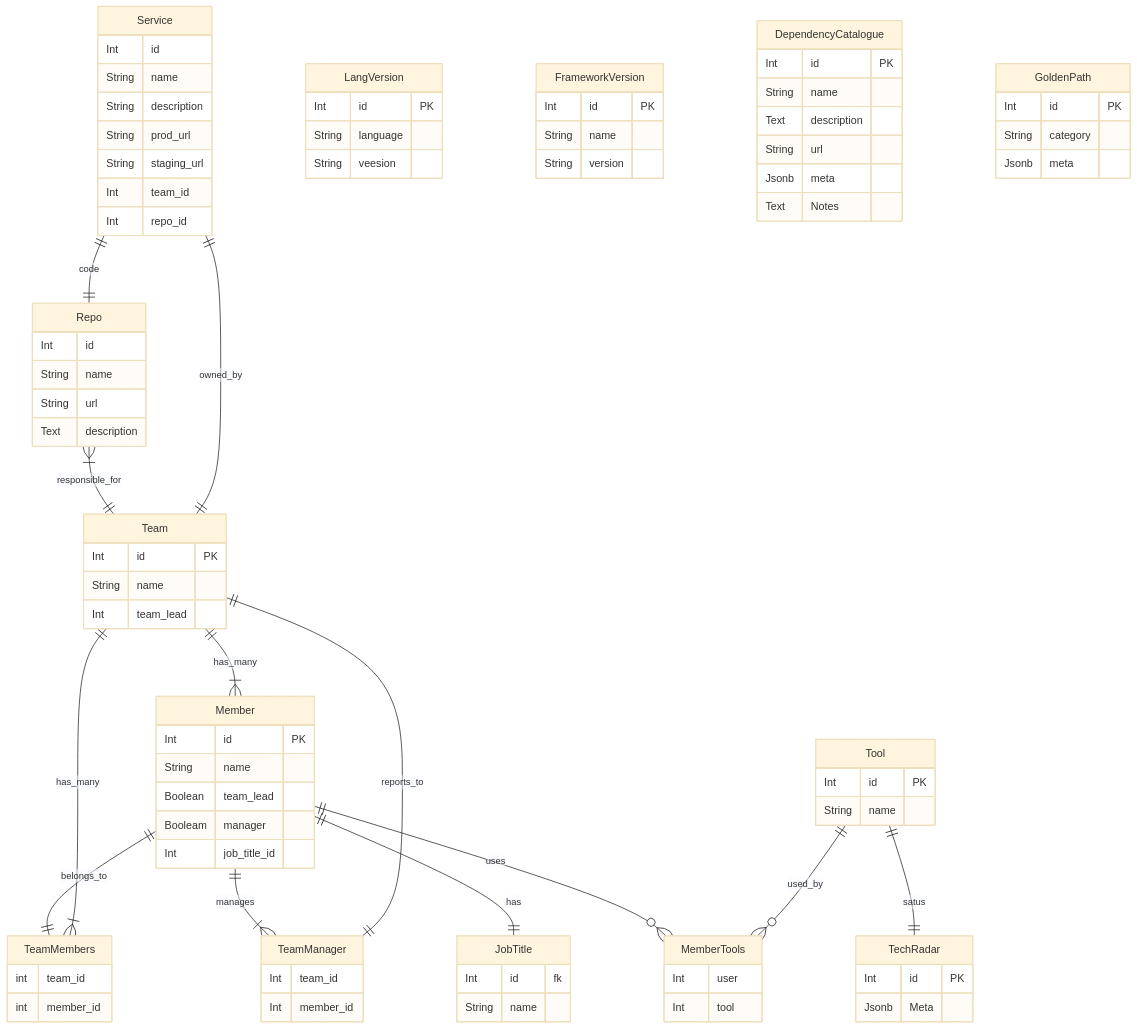
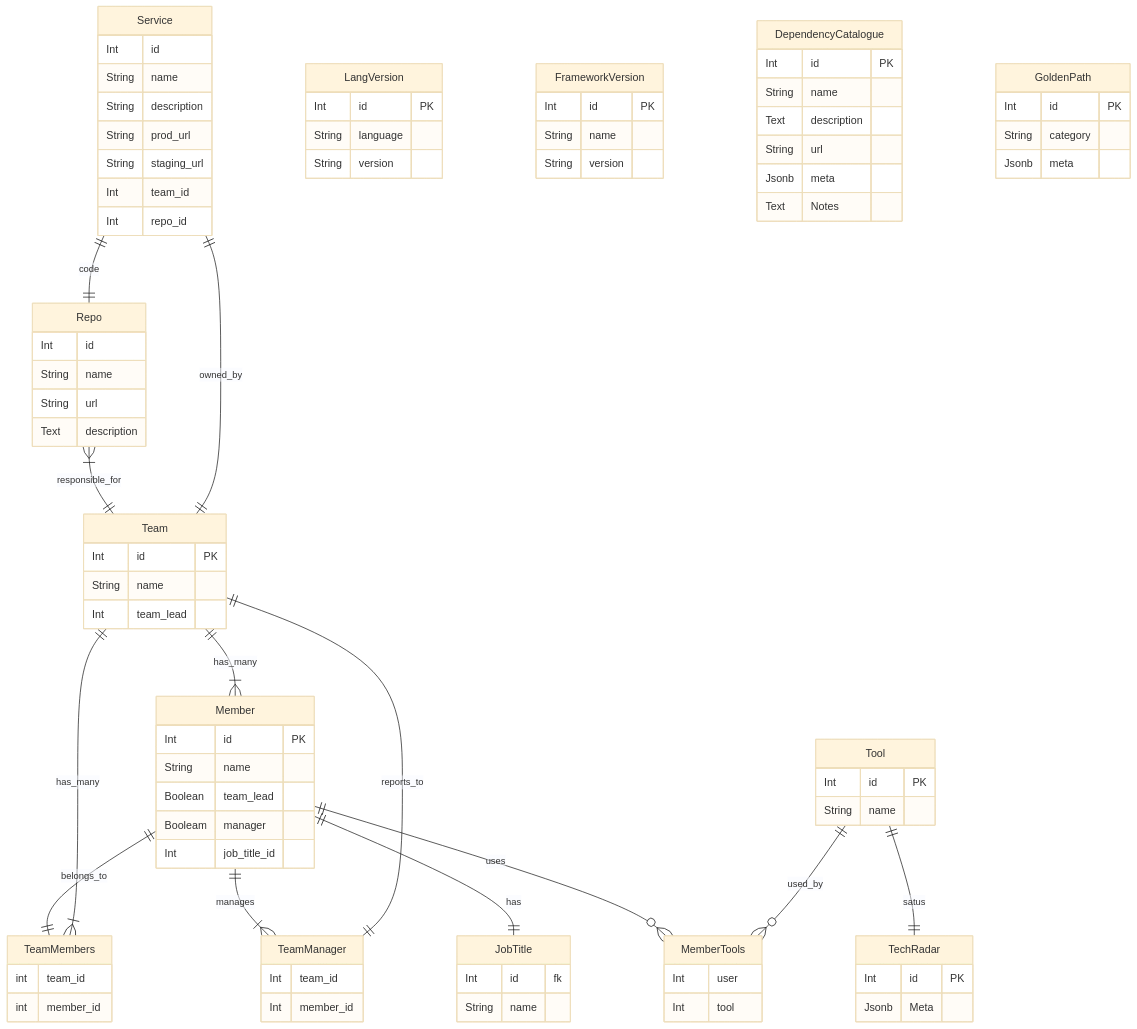
Before and after one commit to davidteren/simple_tails: the second of 3 diagrams in README.md, drawn with Mermaid (base theme). The commit also changed other lines of this file, not shown here.

```diff
--- a/README.md
+++ b/README.md
@@ -104,7 +104,7 @@
    LangVersion {
     Int id PK
     String language
-    String veesion 
+    String version 
    }
 
    FrameworkVersion {
```
